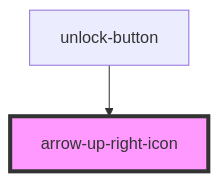
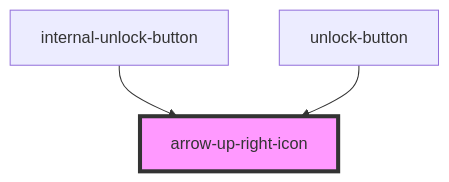
One commit to multiversx/mx-sdk-dapp-ui changed the diagram in src/assets/icons/arrow-up-right-icon/readme.md. Above: the diagram before and after it, drawn with Mermaid. The commit also changed other lines of this file and 10 other files, not shown here.

````diff
--- a/src/assets/icons/arrow-up-right-icon/readme.md
+++ b/src/assets/icons/arrow-up-right-icon/readme.md
@@ -22,5 +23,6 @@
 ```mermaid
 graph TD;
+  internal-unlock-button --> arrow-up-right-icon
   unlock-button --> arrow-up-right-icon
   style arrow-up-right-icon fill:#f9f,stroke:#333,stroke-width:4px
 ```
````
